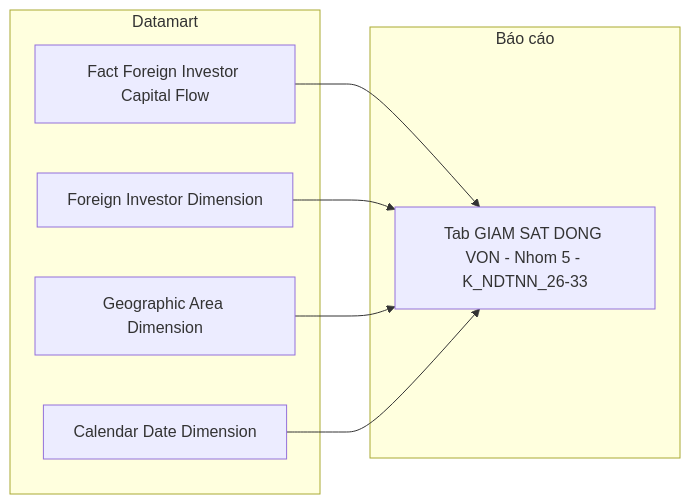
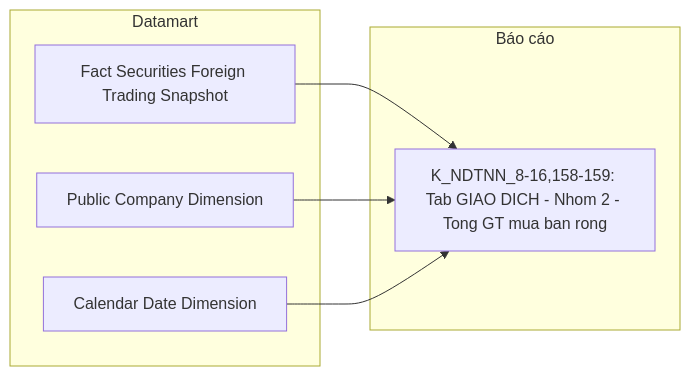
Diagram 11 of 28 in Datamart/hld/DTM_NDTNN_HLD.md (linhlvit/ubck_atomic_design), drawn with Mermaid before and after one commit. The commit also changed other lines of this file and 9 other files, not shown here.

````diff
--- a/Datamart/hld/DTM_NDTNN_HLD.md
+++ b/Datamart/hld/DTM_NDTNN_HLD.md
@@ -626,16 +448,14 @@
 ```mermaid
 flowchart LR
     subgraph Datamart["Datamart"]
-        G1["Fact Foreign Investor Capital Flow"]
-        G2["Foreign Investor Dimension"]
-        G3["Geographic Area Dimension"]
-        G4["Calendar Date Dimension"]
+        G1["Fact Securities Foreign Trading Snapshot"]
+        G2["Public Company Dimension"]
+        G3["Calendar Date Dimension"]
     end
     subgraph RPT["Báo cáo"]
-        R1["Tab GIAM SAT DONG VON - Nhom 5 - K_NDTNN_26-33"]
+        R1["K_NDTNN_8-16,158-159: Tab GIAO DICH - Nhom 2 - Tong GT mua ban rong"]
     end
     G1 --> R1
     G2 --> R1
     G3 --> R1
-    G4 --> R1
 ```
````
